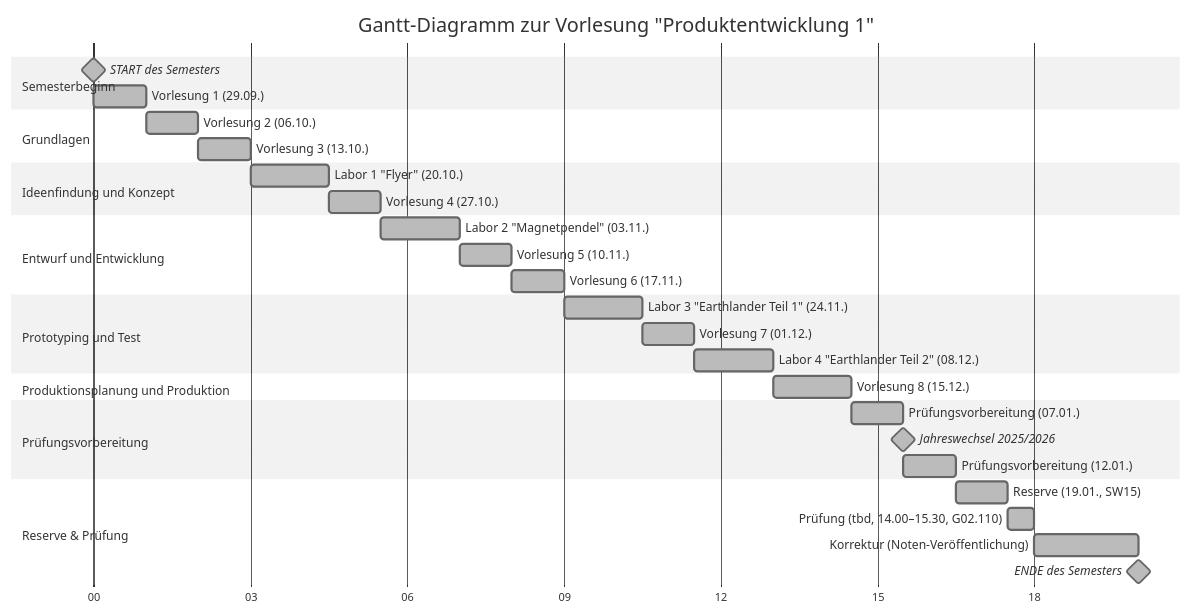
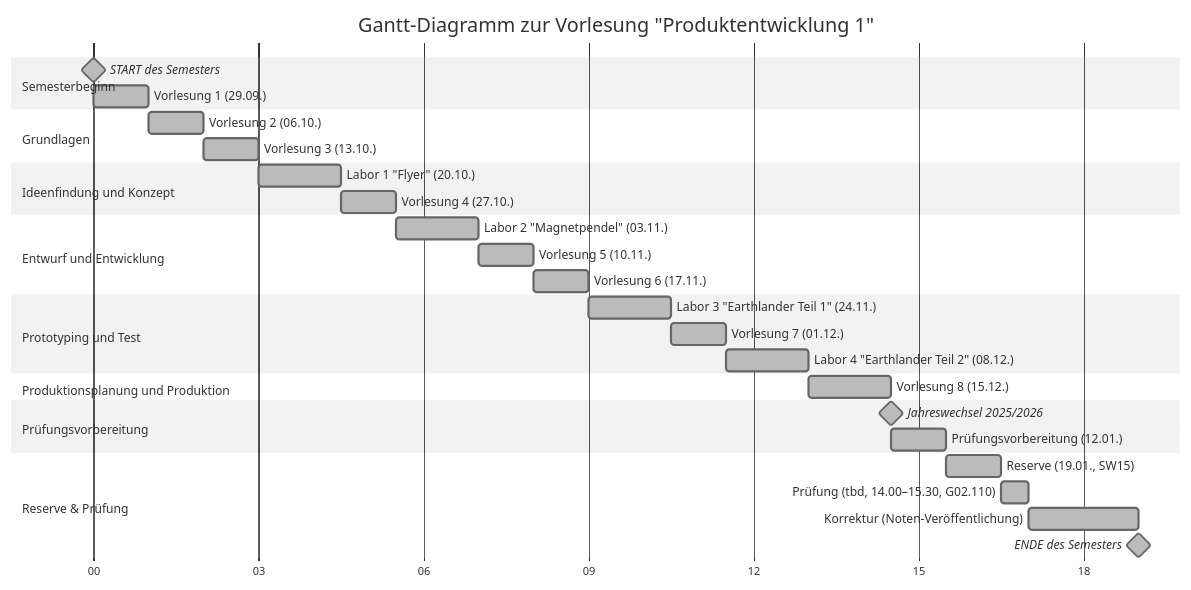
The diagram in Termine.qmd (mrossde/PE1_PE2), drawn with Mermaid (neutral theme) before and after one commit. The commit also changed other lines of this file and 6 other files, not shown here.

````diff
--- a/Termine.qmd
+++ b/Termine.qmd
@@ -228,46 +228,45 @@
 ```{mermaid}
 %%| label: fig-gnt-vorl-ws25-units
 %%| fig-cap: "Gantt-Diagramm zur Vorlesung PE1 im Wintersemester 2025/2026 (1 Zeiteinheit = 4×45 min ≙ 1 Doppelblock)"
 gantt
 title Gantt-Diagramm zur Vorlesung "Produktentwicklung 1"
     dateFormat HH:mm
     axisFormat %H
     todayMarker off
 
     section Semesterbeginn
     START des Semesters                          : done, milestone, m1, 00:00, 0m
     Vorlesung 1 (29.09.)                         : done, v1,  after m1, 1h
 
     section Grundlagen
     Vorlesung 2 (06.10.)                         : done, v2,  after v1, 1h
     Vorlesung 3 (13.10.)                         : done, v3,  after v2, 1h
 
     section Ideenfindung und Konzept
     Labor 1 "Flyer" (20.10.)                     : done, l1,  after v3, 90m
     Vorlesung 4 (27.10.)                         : done, v4,  after l1, 1h
 
     section Entwurf und Entwicklung
     Labor 2 "Magnetpendel" (03.11.)              : done, l2,  after v4, 90m
     Vorlesung 5 (10.11.)                         : done, v5,  after l2, 1h
     Vorlesung 6 (17.11.)                         : done, v6,  after v5, 1h
 
     section Prototyping und Test
     Labor 3 "Earthlander Teil 1" (24.11.)        : done, l3,  after v6, 90m
     Vorlesung 7 (01.12.)                         : done, v7,  after l3, 1h
     Labor 4 "Earthlander Teil 2" (08.12.)        : done, l4,  after v7, 90m
 
     section Produktionsplanung und Produktion
     Vorlesung 8 (15.12.)                         : done, l5,  after l4, 90m
 
     section Prüfungsvorbereitung
-    Prüfungsvorbereitung (07.01.)                : done, pv1, after l5, 1h
-    Jahreswechsel 2025/2026                      : done, milestone, m2, after pv1, 0m
+    Jahreswechsel 2025/2026                      : done, milestone, m2, after l5, 0m
     Prüfungsvorbereitung (12.01.)                : done, pv2, after m2, 1h
 
     section Reserve & Prüfung
     Reserve (19.01., SW15)                       : done, rs,  after pv2, 1h
     Prüfung (tbd, 14.00–15.30, G02.110)          : done, p1,  after rs, 30m
     Korrektur (Noten-Veröffentlichung)           : done, kor, after p1, 2h
     ENDE des Semesters                           : done, milestone, m3, after kor, 0m
 
 ```
````
